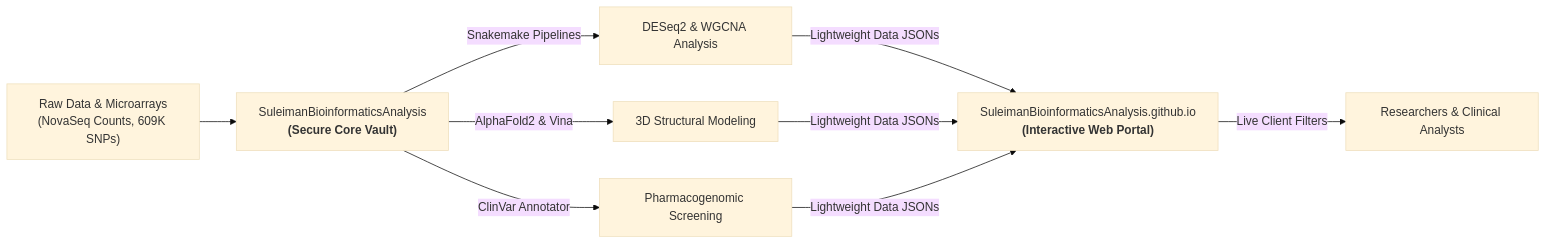
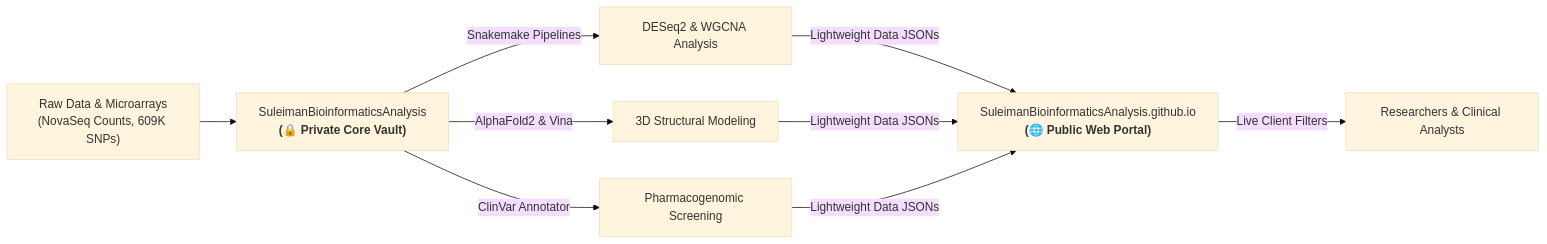
The diagram in profile/README.md (SuleimanBioinformaticsAnalysis/.github), drawn with Mermaid (base theme) before and after one commit. The commit also changed other lines of this file, not shown here.

Commit message:
docs(profile): add private research data notice and email access request instructions

````diff
--- a/profile/README.md
+++ b/profile/README.md
@@ -31,9 +43,9 @@
 ```mermaid
 graph LR
-    A["Raw Data & Microarrays<br>(NovaSeq Counts, 609K SNPs)"] --> B["SuleimanBioinformaticsAnalysis<br><b>(Secure Core Vault)</b>"]
+    A["Raw Data & Microarrays<br>(NovaSeq Counts, 609K SNPs)"] --> B["SuleimanBioinformaticsAnalysis<br><b>(🔒 Private Core Vault)</b>"]
     B -->|Snakemake Pipelines| C["DESeq2 & WGCNA Analysis"]
     B -->|AlphaFold2 & Vina| D["3D Structural Modeling"]
     B -->|ClinVar Annotator| E["Pharmacogenomic Screening"]
-    C & D & E -->|Lightweight Data JSONs| F["SuleimanBioinformaticsAnalysis.github.io<br><b>(Interactive Web Portal)</b>"]
+    C & D & E -->|Lightweight Data JSONs| F["SuleimanBioinformaticsAnalysis.github.io<br><b>(🌐 Public Web Portal)</b>"]
     F -->|Live Client Filters| G["Researchers & Clinical Analysts"]
 ```
````
